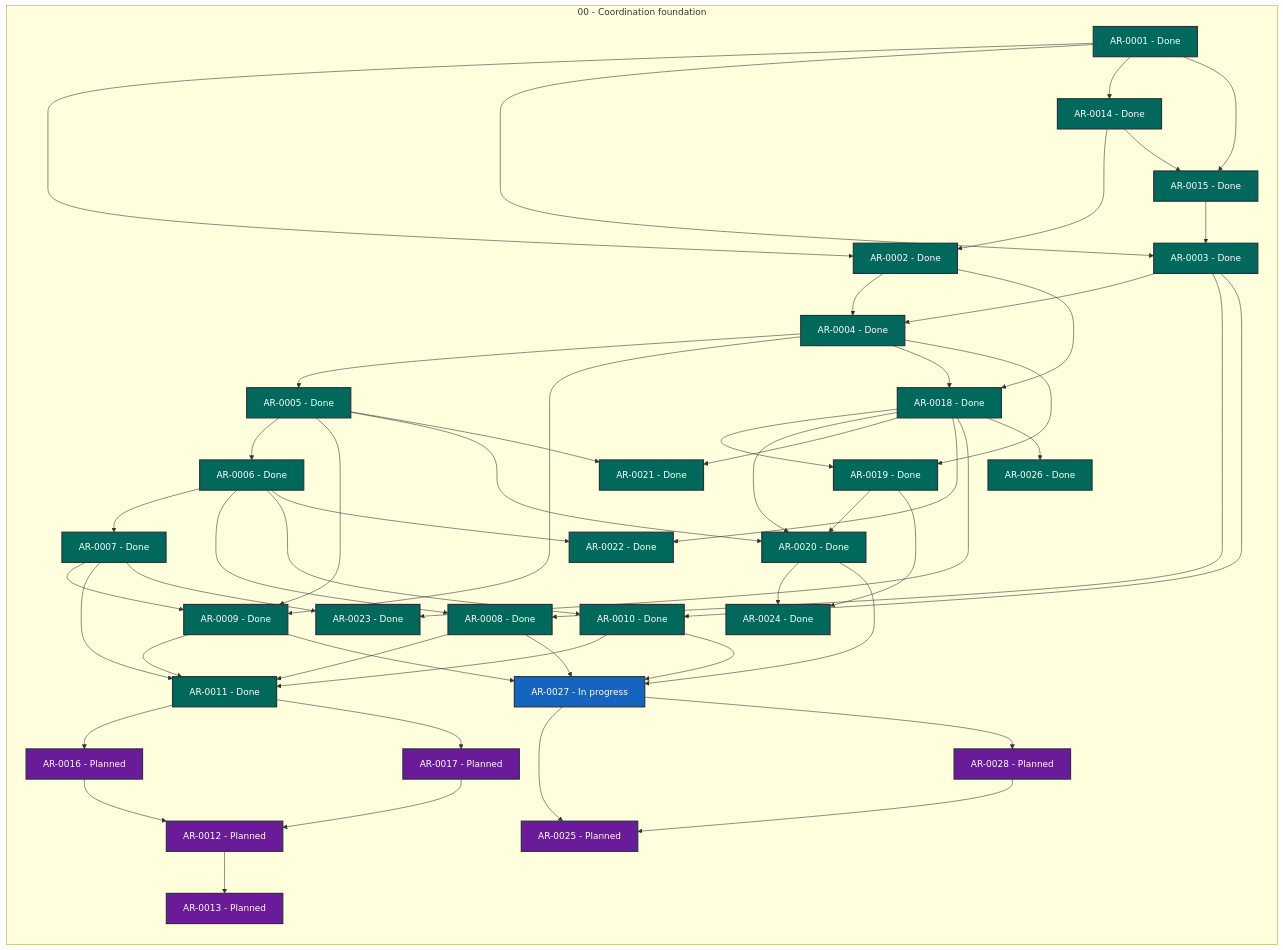
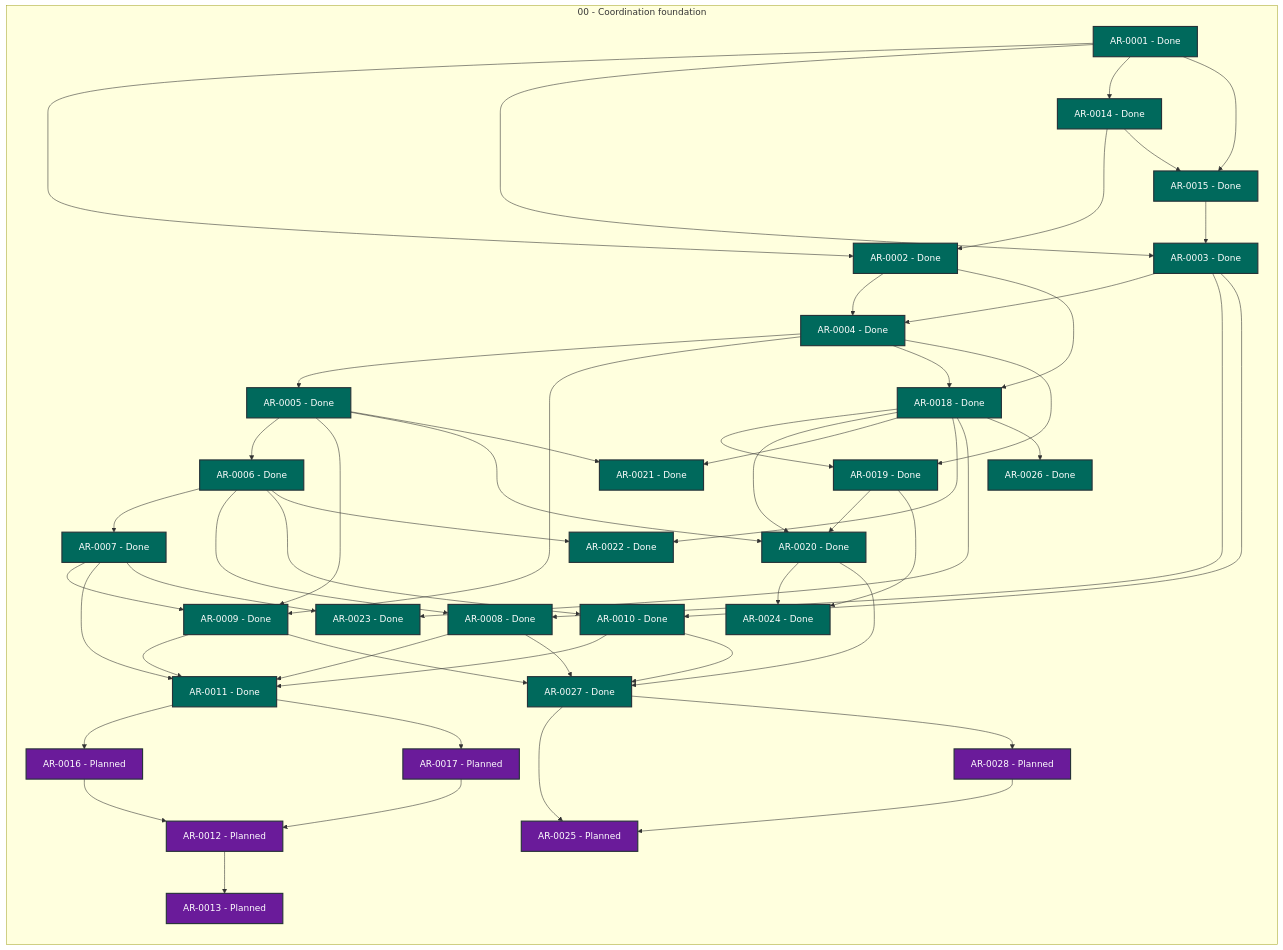
One commit to martin-beck/agent-workflow-tui-state changed the diagram in STATUS.md. Above: the diagram before and after it, drawn with Mermaid. The commit also changed other lines of this file and 2 other files, not shown here.

```diff
--- a/STATUS.md
+++ b/STATUS.md
@@ -54,7 +54,7 @@
         AR_0024["AR-0024 - Done"]:::status_done
         AR_0025["AR-0025 - Planned"]:::status_planned
         AR_0026["AR-0026 - Done"]:::status_done
-        AR_0027["AR-0027 - In progress"]:::status_in_progress
+        AR_0027["AR-0027 - Done"]:::status_done
         AR_0028["AR-0028 - Planned"]:::status_planned
     end
     AR_0001 --> AR_0002
```
